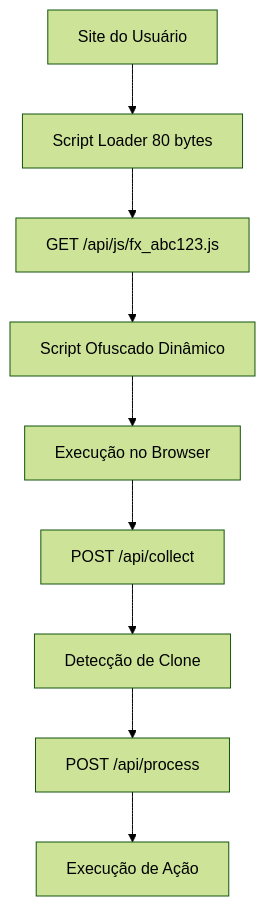
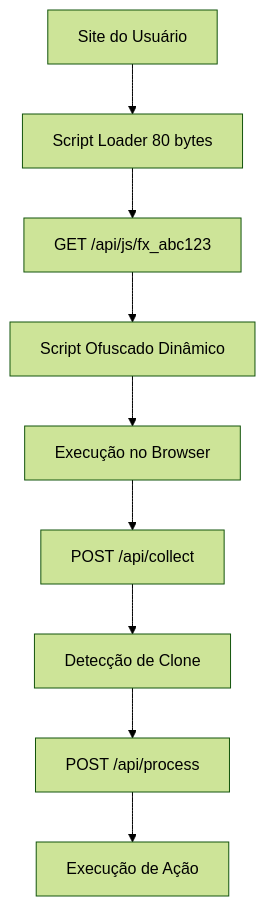
Before and after one commit to DiRochaaaaa/falconX: the diagram in docs/SCRIPT_LOADER_SYSTEM.md, drawn with Mermaid (forest theme). The commit also changed other lines of this file and 4 other files, not shown here.

````diff
--- a/docs/SCRIPT_LOADER_SYSTEM.md
+++ b/docs/SCRIPT_LOADER_SYSTEM.md
@@ -75,11 +75,11 @@
 ```mermaid
 graph TD
     A[Site do Usuário] --> B[Script Loader 80 bytes]
-    B --> C[GET /api/js/fx_abc123.js]
+    B --> C[GET /api/js/fx_abc123]
     C --> D[Script Ofuscado Dinâmico]
     D --> E[Execução no Browser]
     E --> F[POST /api/collect]
     F --> G[Detecção de Clone]
     G --> H[POST /api/process]
     H --> I[Execução de Ação]
 ```
````
